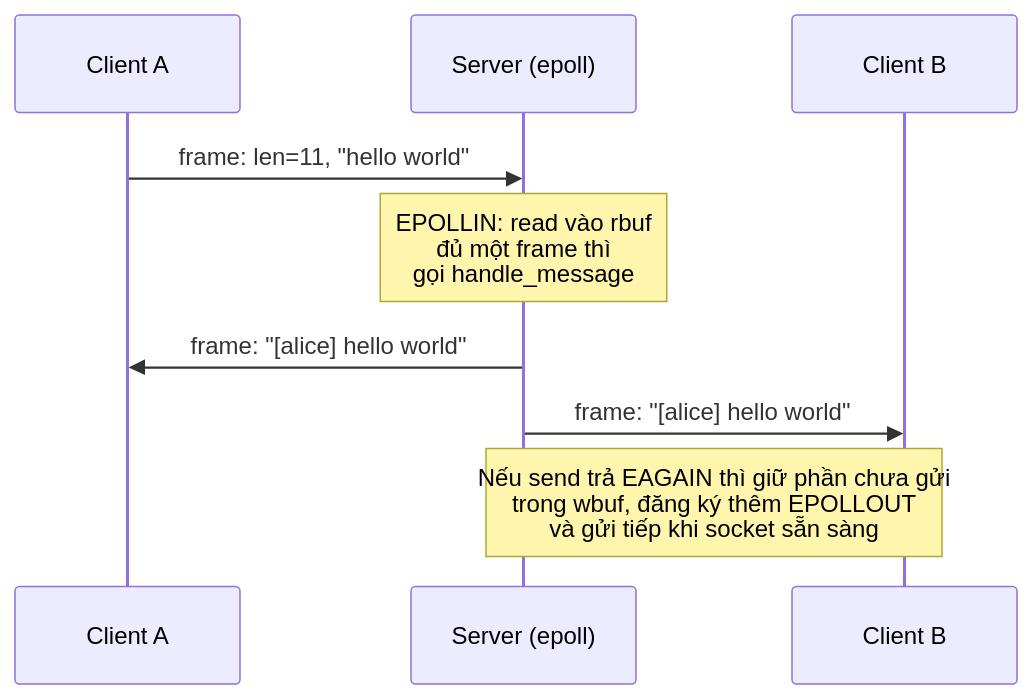
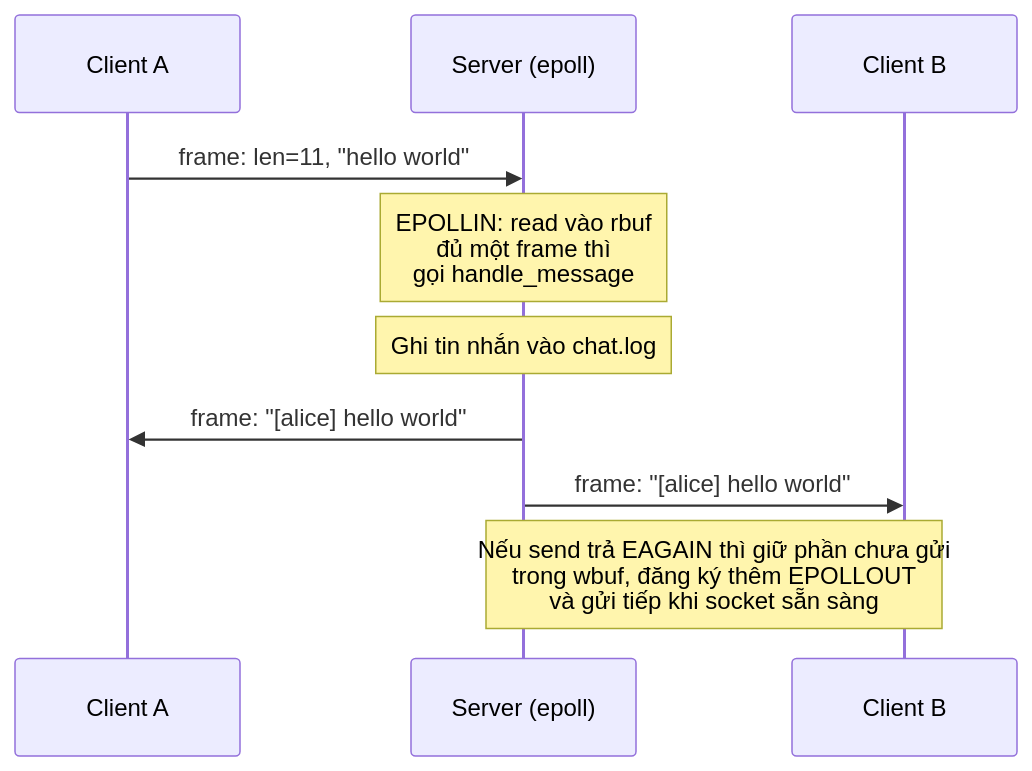
Before and after one commit to minhmtp1123-jpg/LTHT_Project: the third of 4 diagrams in README.md, drawn with Mermaid. The commit also changed other lines of this file, not shown here.

````diff
--- a/README.md
+++ b/README.md
@@ -101,11 +103,12 @@
 ```mermaid
 sequenceDiagram
     participant A as Client A
     participant S as Server (epoll)
     participant B as Client B
     A->>S: frame: len=11, "hello world"
     Note over S: EPOLLIN: read vào rbuf<br/>đủ một frame thì<br/>gọi handle_message
+    Note over S: Ghi tin nhắn vào chat.log
     S->>A: frame: "[alice] hello world"
     S->>B: frame: "[alice] hello world"
     Note over S,B: Nếu send trả EAGAIN thì giữ phần chưa gửi<br/>trong wbuf, đăng ký thêm EPOLLOUT<br/>và gửi tiếp khi socket sẵn sàng
 ```
````
